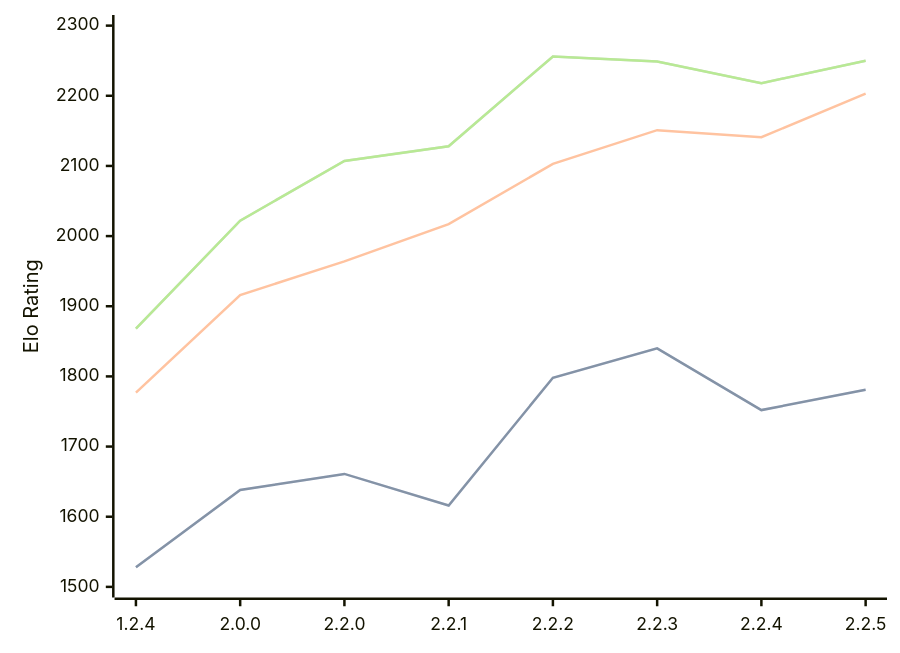
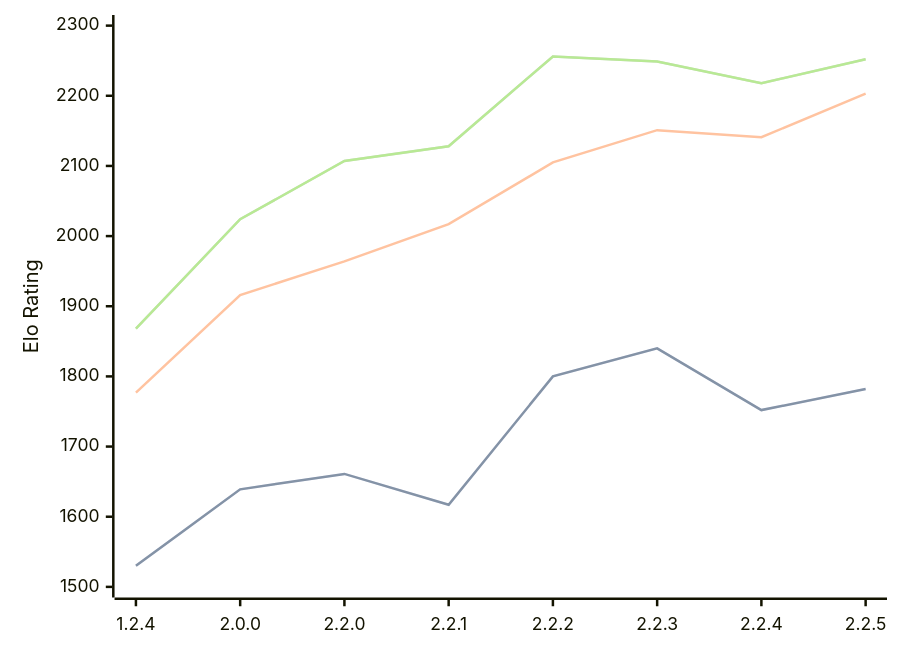
Before and after one commit to computer-chess-index/cci: the diagram in engines/Kreveta.md, drawn with Mermaid. The commit also changed other lines of this file, not shown here.

Commit message:
Update CCI Ratings (ELO VLTC) - 2026-04-19

````diff
--- a/engines/Kreveta.md
+++ b/engines/Kreveta.md
@@ -41,11 +41,11 @@
 ```mermaid
 %%{init: {"theme":"base","themeVariables":{"seriesColors:['#a3a3a3','#222221','#faa371']}}}%%
 xychart-beta
   x-axis ["1.2.4", "2.0.0", "2.2.0", "2.2.1", "2.2.2", "2.2.3", "2.2.4", "2.2.5"]
   y-axis "Elo Rating" 1500 --> 2300
-  line "STC (8.0+0.08s)" [1528, 1638, 1661, 1616, 1798, 1840, 1752, 1781]
-  line "STC (8.0+0.08s)" [1528, 1638, 1661, 1616, 1798, 1840, 1752, 1781]
-  line "LTC (60.0+0.60s)" [1777, 1916, 1964, 2017, 2103, 2151, 2141, 2203]
-  line "VLTC (2m24s+1.12s)" [1868, 2022, 2107, 2128, 2256, 2249, 2218, 2250]
-  line "VLTC (2m24s+1.12s)" [1868, 2022, 2107, 2128, 2256, 2249, 2218, 2250]
+  line "STC (8.0+0.08s)" [1530, 1639, 1661, 1617, 1800, 1840, 1752, 1782]
+  line "STC (8.0+0.08s)" [1530, 1639, 1661, 1617, 1800, 1840, 1752, 1782]
+  line "LTC (60.0+0.60s)" [1777, 1916, 1964, 2017, 2105, 2151, 2141, 2203]
+  line "VLTC (2m24s+1.12s)" [1868, 2024, 2107, 2128, 2256, 2249, 2218, 2252]
+  line "VLTC (2m24s+1.12s)" [1868, 2024, 2107, 2128, 2256, 2249, 2218, 2252]
 ```
````
